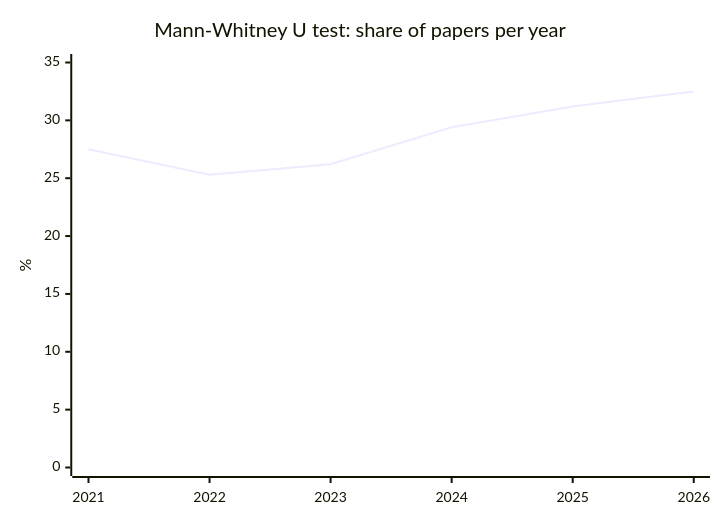
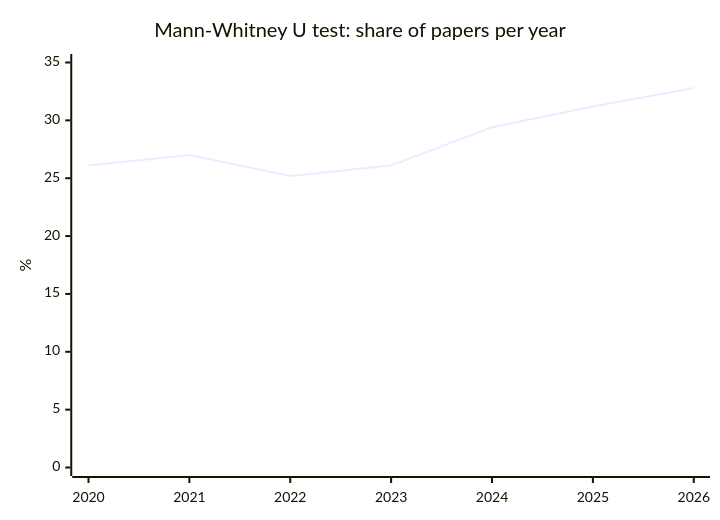
The fourth of 5 diagrams in literature-watch/reports/overview.md (nfdi4health/datashield-function-ideas), drawn with Mermaid before and after one commit. The commit also changed other lines of this file and 1 other file, not shown here.

````diff
--- a/literature-watch/reports/overview.md
+++ b/literature-watch/reports/overview.md
@@ -76,7 +76,7 @@
 ```mermaid
 xychart-beta
   title "Mann-Whitney U test: share of papers per year"
-  x-axis [2021, 2022, 2023, 2024, 2025, 2026]
+  x-axis [2020, 2021, 2022, 2023, 2024, 2025, 2026]
   y-axis "%" 0 --> 35
-  line [27.5, 25.3, 26.2, 29.4, 31.2, 32.5]
+  line [26.1, 27.0, 25.2, 26.1, 29.4, 31.2, 32.8]
 ```
````
